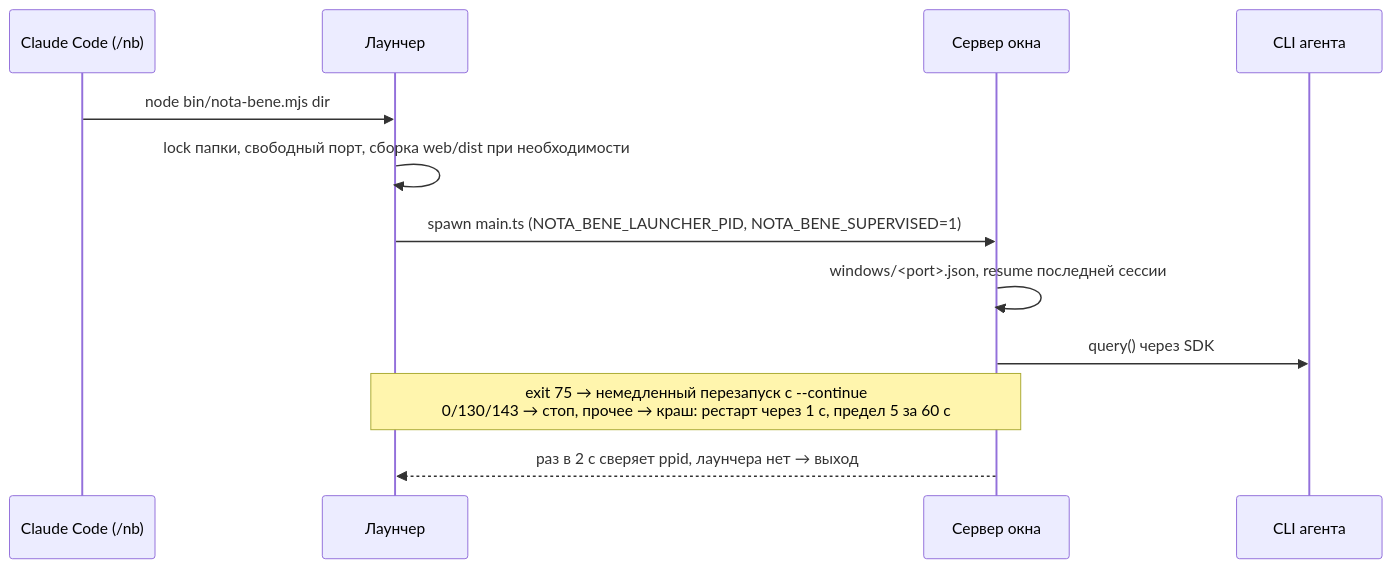
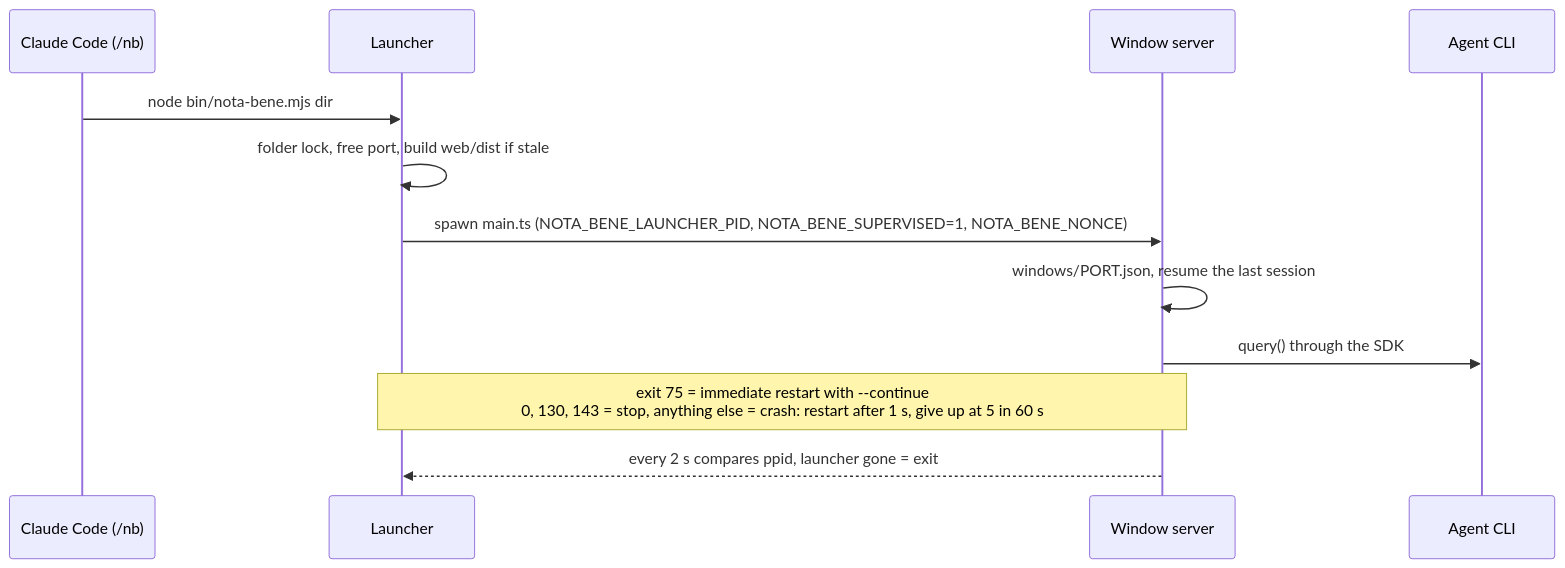
The second of 4 diagrams in docs/architecture.md (iCubeDm/claude-nota-bene), drawn with Mermaid before and after one commit. The commit also changed other lines of this file, not shown here.

Commit message:
docs: translate the architecture document to English and bring it up to date

````diff
--- a/docs/architecture.md
+++ b/docs/architecture.md
@@ -52,14 +54,14 @@
 ```mermaid
 sequenceDiagram
   participant CC as Claude Code (/nb)
-  participant L as Лаунчер
-  participant S as Сервер окна
-  participant A as CLI агента
+  participant L as Launcher
+  participant S as Window server
+  participant A as Agent CLI
   CC->>L: node bin/nota-bene.mjs dir
-  L->>L: lock папки, свободный порт, сборка web/dist при необходимости
-  L->>S: spawn main.ts (NOTA_BENE_LAUNCHER_PID, NOTA_BENE_SUPERVISED=1)
-  S->>S: windows/<port>.json, resume последней сессии
-  S->>A: query() через SDK
-  Note over S,L: exit 75 → немедленный перезапуск с --continue<br/>0/130/143 → стоп, прочее → краш: рестарт через 1 с, предел 5 за 60 с
-  S-->>L: раз в 2 с сверяет ppid, лаунчера нет → выход
+  L->>L: folder lock, free port, build web/dist if stale
+  L->>S: spawn main.ts (NOTA_BENE_LAUNCHER_PID, NOTA_BENE_SUPERVISED=1, NOTA_BENE_NONCE)
+  S->>S: windows/PORT.json, resume the last session
+  S->>A: query() through the SDK
+  Note over S,L: exit 75 = immediate restart with --continue<br/>0, 130, 143 = stop, anything else = crash: restart after 1 s, give up at 5 in 60 s
+  S-->>L: every 2 s compares ppid, launcher gone = exit
 ```
````
